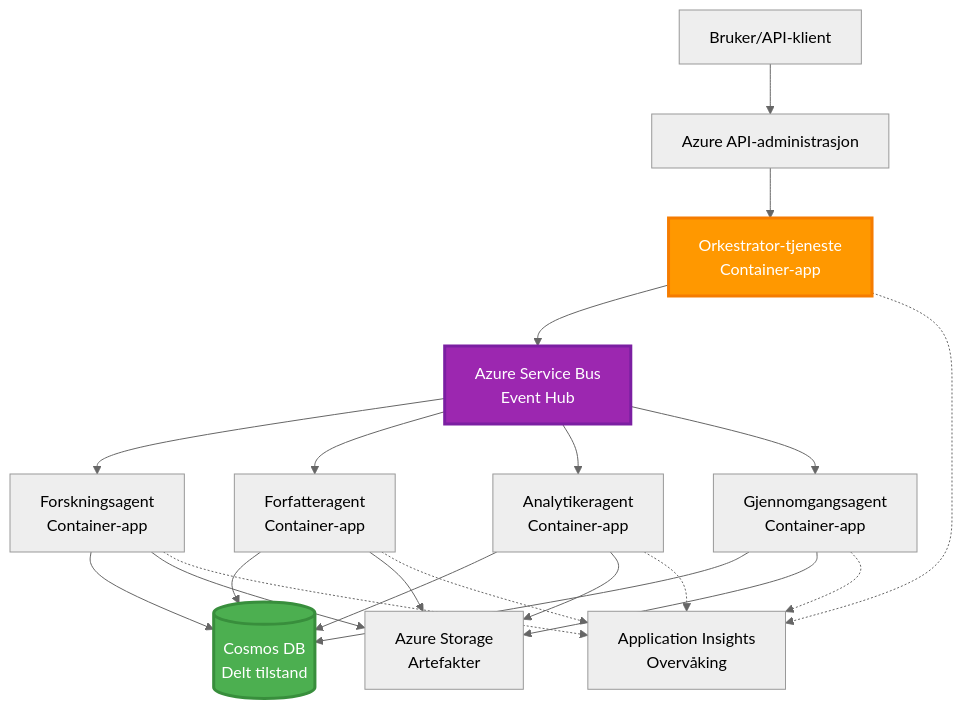
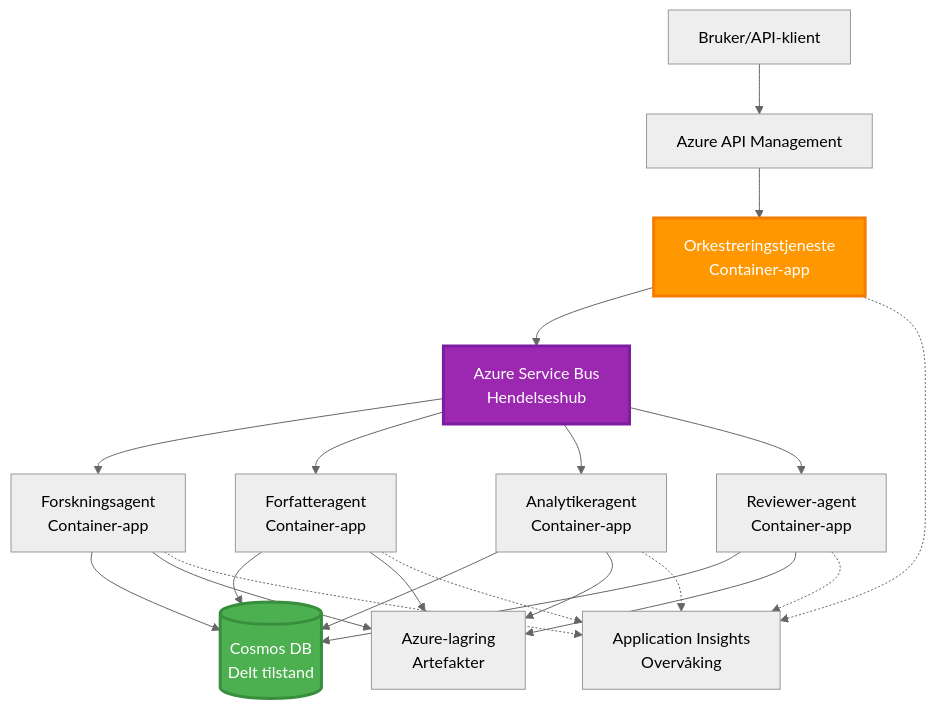
One commit to microsoft/AZD-for-beginners changed the sixth of 6 diagrams in translations/no/docs/chapter-06-pre-deployment/coordination-patterns.md. Above: the diagram before and after it, drawn with Mermaid (neutral theme). The commit also changed other lines of this file and 101 other files, not shown here.

````diff
--- a/translations/no/docs/chapter-06-pre-deployment/coordination-patterns.md
+++ b/translations/no/docs/chapter-06-pre-deployment/coordination-patterns.md
@@ -271,45 +265,45 @@
 ```mermaid
 graph TB
     User[Bruker/API-klient]
-    APIM[Azure API-administrasjon]
-    Orchestrator[Orkestrator-tjeneste<br/>Container-app]
-    ServiceBus[Azure Service Bus<br/>Event Hub]
+    APIM[Azure API Management]
+    Orchestrator[Orkestreringstjeneste<br/>Container-app]
+    ServiceBus[Azure Service Bus<br/>Hendelseshub]
     
     Agent1[Forskningsagent<br/>Container-app]
     Agent2[Forfatteragent<br/>Container-app]
     Agent3[Analytikeragent<br/>Container-app]
-    Agent4[Gjennomgangsagent<br/>Container-app]
+    Agent4[Reviewer-agent<br/>Container-app]
     
     CosmosDB[(Cosmos DB<br/>Delt tilstand)]
-    Storage[Azure Storage<br/>Artefakter]
+    Storage[Azure-lagring<br/>Artefakter]
     AppInsights[Application Insights<br/>Overvåking]
     
     User --> APIM
     APIM --> Orchestrator
     
     Orchestrator --> ServiceBus
     ServiceBus --> Agent1
     ServiceBus --> Agent2
     ServiceBus --> Agent3
     ServiceBus --> Agent4
     
     Agent1 --> CosmosDB
     Agent2 --> CosmosDB
     Agent3 --> CosmosDB
     Agent4 --> CosmosDB
     
     Agent1 --> Storage
     Agent2 --> Storage
     Agent3 --> Storage
     Agent4 --> Storage
     
     Orchestrator -.-> AppInsights
     Agent1 -.-> AppInsights
     Agent2 -.-> AppInsights
     Agent3 -.-> AppInsights
     Agent4 -.-> AppInsights
     
     style Orchestrator fill:#FF9800,stroke:#F57C00,stroke-width:3px,color:#fff
     style ServiceBus fill:#9C27B0,stroke:#7B1FA2,stroke-width:3px,color:#fff
     style CosmosDB fill:#4CAF50,stroke:#388E3C,stroke-width:3px,color:#fff
 ```
````
